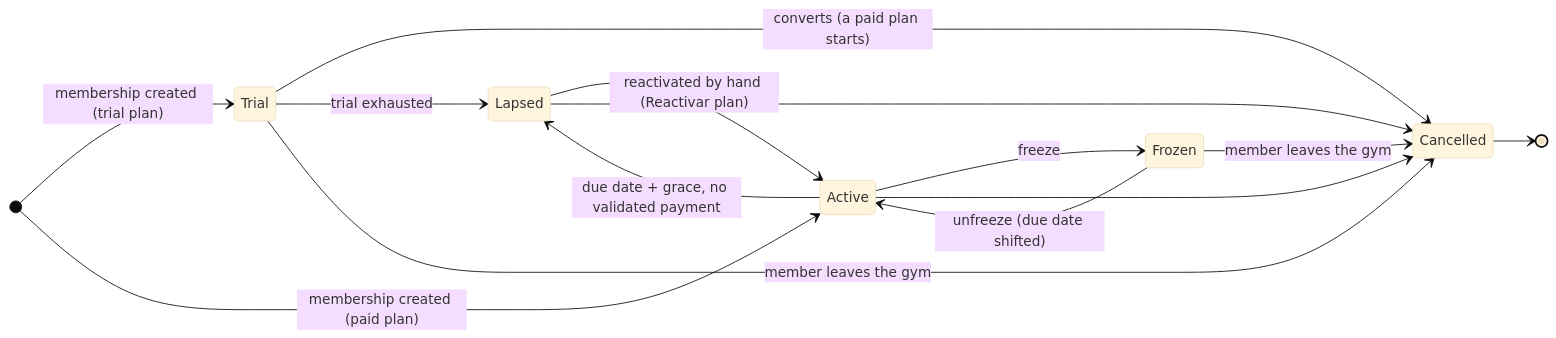
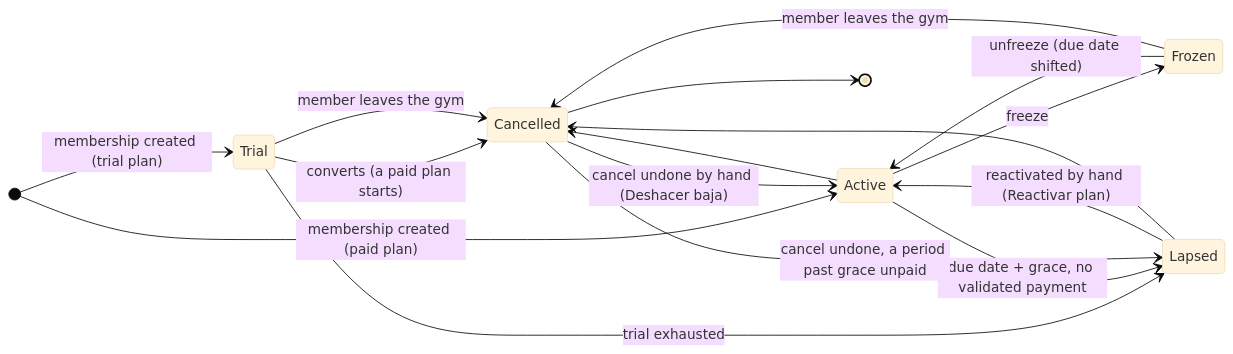
Before and after one commit to rakin-app/rakin: the first of 3 diagrams in docs/technical.md, drawn with Mermaid (base theme). The commit also changed other lines of this file and 12 other files, not shown here.

First line of the commit message:
Deshacer baja: undo a cancel made by mistake, through the database with an audit row (#545)

````diff
--- a/docs/technical.md
+++ b/docs/technical.md
@@ -108,17 +108,19 @@
 ```mermaid
 stateDiagram-v2
     direction LR
     [*] --> Trial: membership created (trial plan)
     [*] --> Active: membership created (paid plan)
     Trial --> Cancelled: converts (a paid plan starts)
     Trial --> Lapsed: trial exhausted
     Active --> Frozen: freeze
     Frozen --> Active: unfreeze (due date shifted)
     Active --> Lapsed: due date + grace, no validated payment
     Lapsed --> Active: reactivated by hand (Reactivar plan)
     Active --> Cancelled
     Lapsed --> Cancelled
     Trial --> Cancelled: member leaves the gym
     Frozen --> Cancelled: member leaves the gym
+    Cancelled --> Active: cancel undone by hand (Deshacer baja)
+    Cancelled --> Lapsed: cancel undone, a period past grace unpaid
     Cancelled --> [*]
 ```
````
